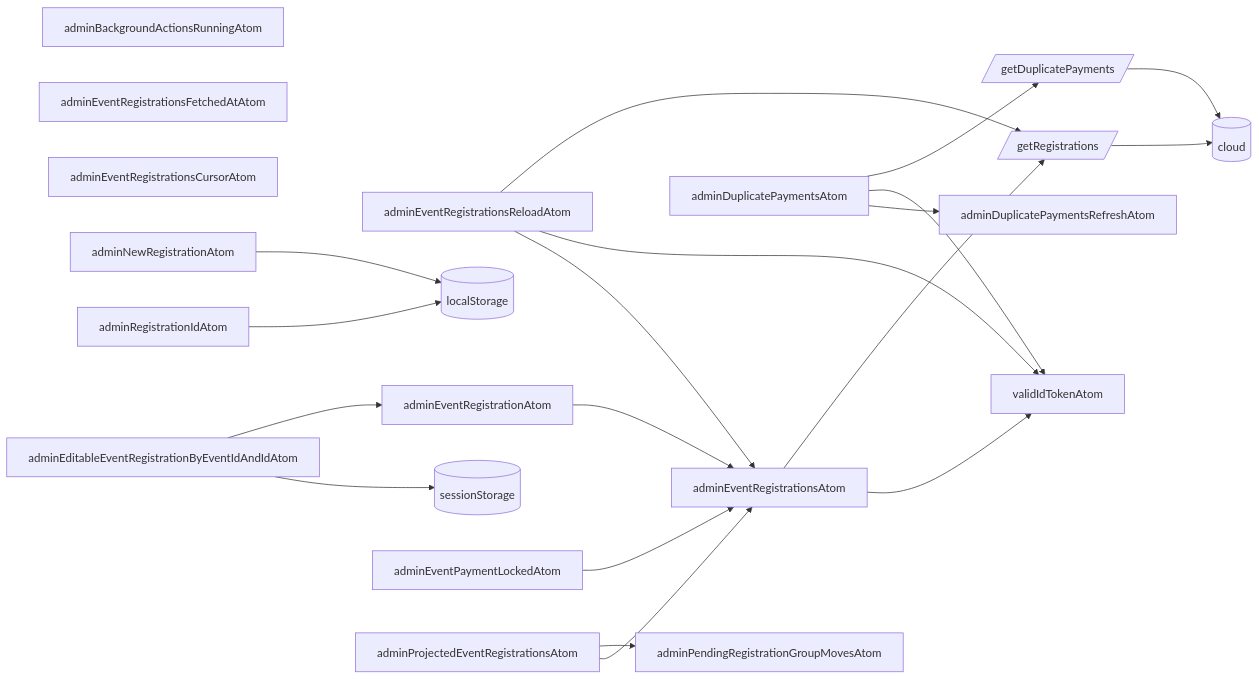
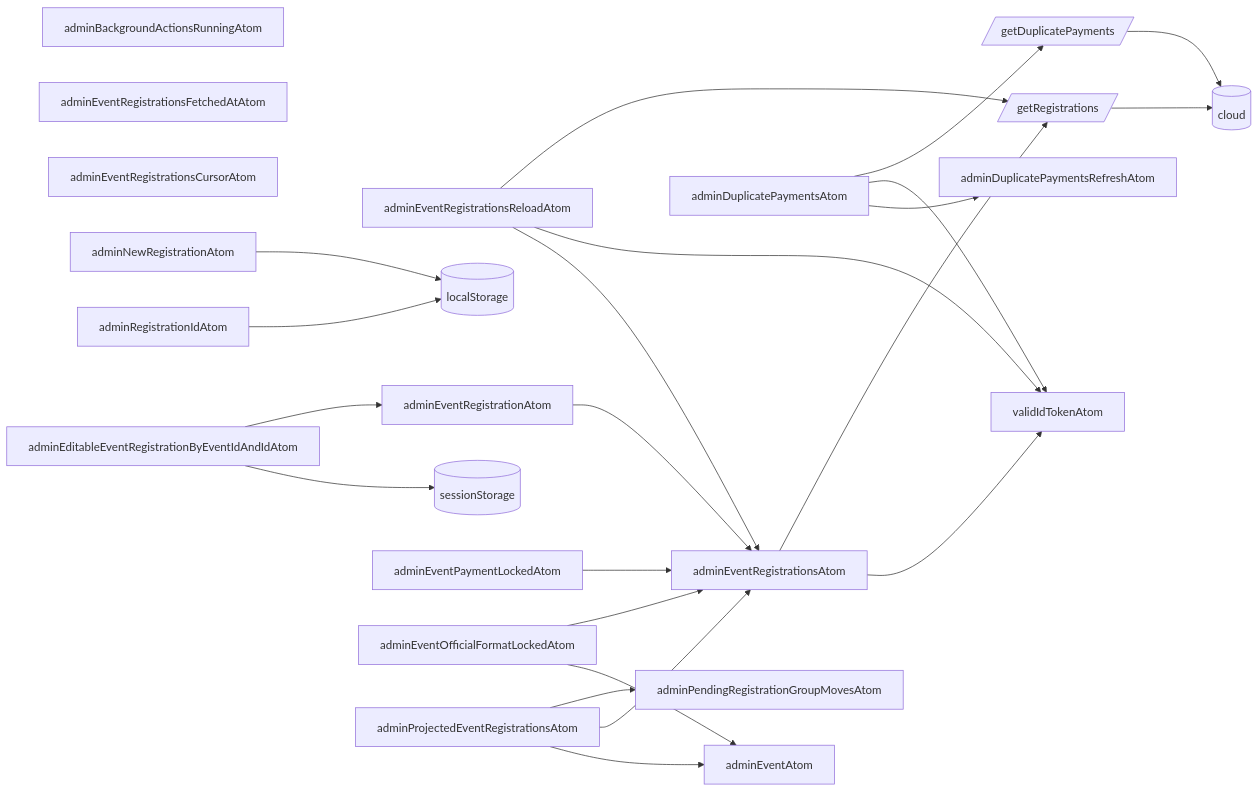
One commit to koekalenteri/koekalenteri changed the tenth of 12 diagrams in src/pages/admin/state/README.md. Above: the diagram before and after it, drawn with Mermaid. The commit also changed other lines of this file and 135 other files, not shown here.

Commit message:
feat(event): an unofficial trial follows an official type's format (KOE-1718) (#1780)

````diff
--- a/src/pages/admin/state/README.md
+++ b/src/pages/admin/state/README.md
@@ -315,30 +318,33 @@
 ```mermaid
 graph LR
   adminEventRegistrationsAtom-->validIdTokenAtom
   adminEventRegistrationsAtom-->getRegistrations[/getRegistrations/]-->aws
   adminEventRegistrationsReloadAtom-->adminEventRegistrationsAtom
   adminEventRegistrationsReloadAtom-->validIdTokenAtom
   adminEventRegistrationsReloadAtom-->getRegistrations
   adminDuplicatePaymentsAtom-->adminDuplicatePaymentsRefreshAtom
   adminDuplicatePaymentsAtom-->validIdTokenAtom
   adminDuplicatePaymentsAtom-->getDuplicatePayments[/getDuplicatePayments/]-->aws
   adminPendingRegistrationGroupMovesAtom
   adminBackgroundActionsRunningAtom
   adminEventRegistrationsFetchedAtAtom
   adminEventRegistrationsCursorAtom
   adminRegistrationIdAtom-->localStorage
   adminNewRegistrationAtom-->localStorage
 
   localStorage[(localStorage)]
   sessionStorage[(sessionStorage)]
 
   adminEventRegistrationAtom-->adminEventRegistrationsAtom
   adminEventPaymentLockedAtom-->adminEventRegistrationsAtom
+  adminEventOfficialFormatLockedAtom-->adminEventAtom
+  adminEventOfficialFormatLockedAtom-->adminEventRegistrationsAtom
+  adminProjectedEventRegistrationsAtom-->adminEventAtom
   adminProjectedEventRegistrationsAtom-->adminEventRegistrationsAtom
   adminProjectedEventRegistrationsAtom-->adminPendingRegistrationGroupMovesAtom
 
   adminEditableEventRegistrationByEventIdAndIdAtom-->sessionStorage
   adminEditableEventRegistrationByEventIdAndIdAtom-->adminEventRegistrationAtom
 
   aws[(cloud)]
 ```
````
